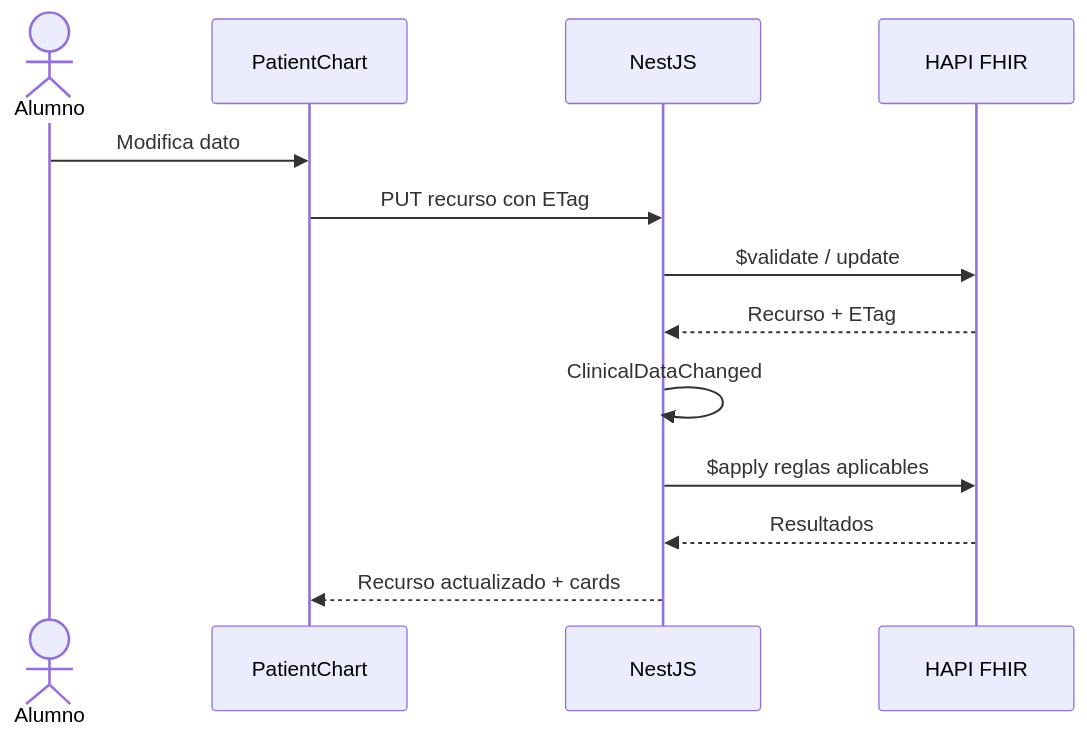
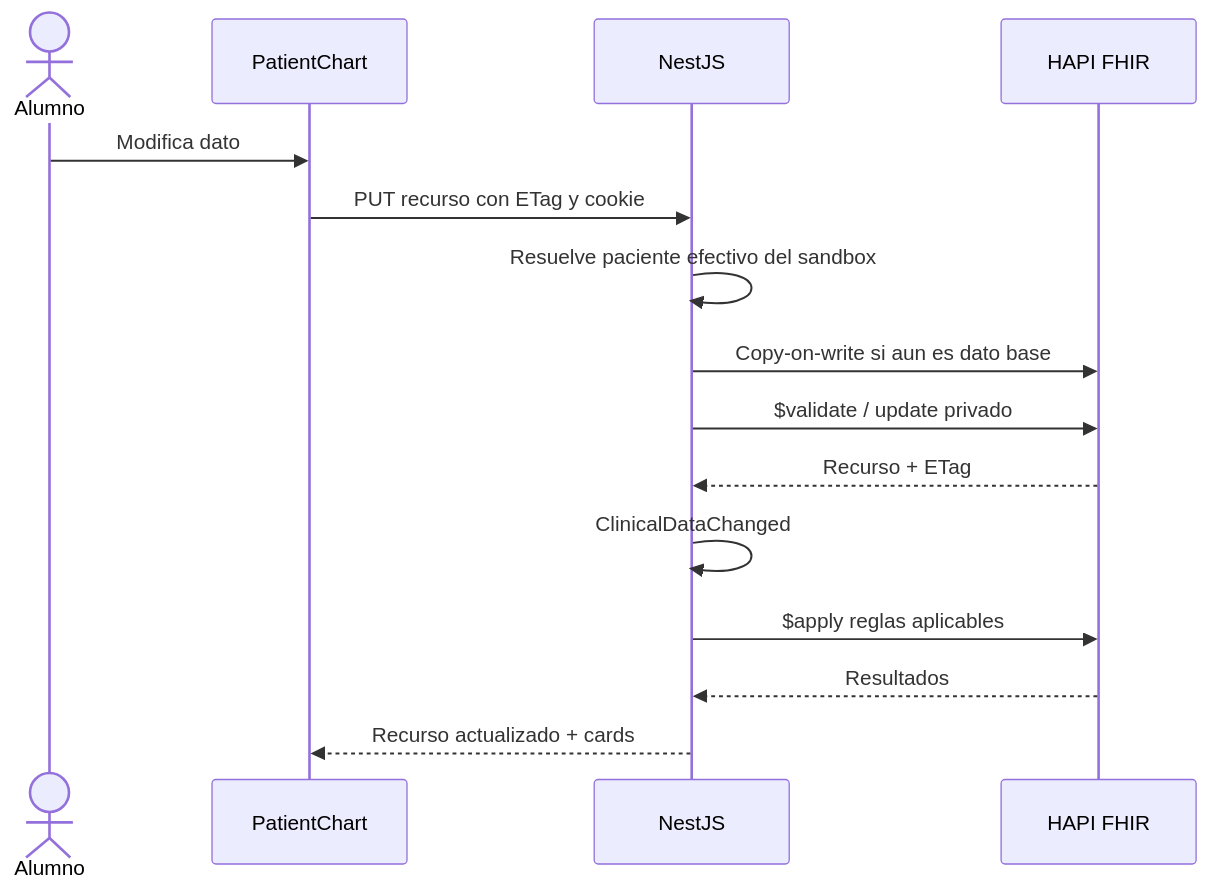
The eighth of 8 diagrams in docs/DESIGN.md (J0TTAA/RCE-CQL), drawn with Mermaid before and after one commit. The commit also changed other lines of this file and 12 other files, not shown here.

Commit message:
docs: add anonymous classroom sandbox architecture

````diff
--- a/docs/DESIGN.md
+++ b/docs/DESIGN.md
@@ -601,16 +719,18 @@
 ```mermaid
 sequenceDiagram
     actor User as Alumno
     participant UI as PatientChart
     participant API as NestJS
     participant HAPI as HAPI FHIR
 
     User->>UI: Modifica dato
-    UI->>API: PUT recurso con ETag
-    API->>HAPI: $validate / update
+    UI->>API: PUT recurso con ETag y cookie
+    API->>API: Resuelve paciente efectivo del sandbox
+    API->>HAPI: Copy-on-write si aun es dato base
+    API->>HAPI: $validate / update privado
     HAPI-->>API: Recurso + ETag
     API->>API: ClinicalDataChanged
     API->>HAPI: $apply reglas aplicables
     HAPI-->>API: Resultados
     API-->>UI: Recurso actualizado + cards
 ```
````
